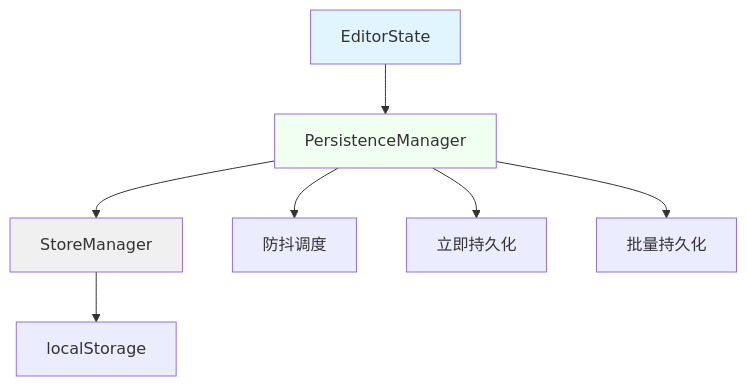
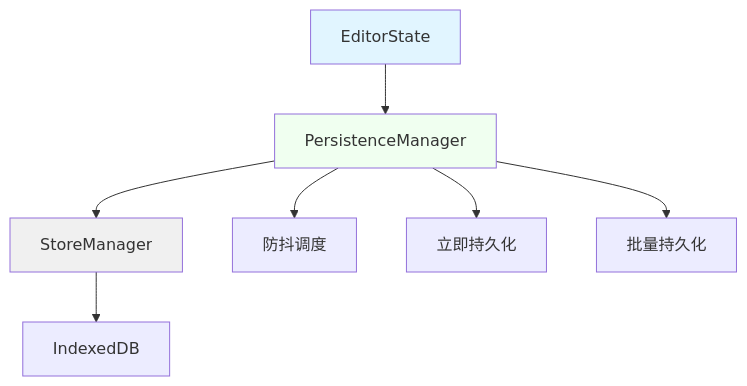
One commit to ZCShou/markdown changed the ninth of 15 diagrams in docs/arch.md. Above: the diagram before and after it, drawn with Mermaid. The commit also changed other lines of this file and 4 other files, not shown here.

Commit message:
refactor: remove localStorage migration logic and simplify test setup

````diff
--- a/docs/arch.md
+++ b/docs/arch.md
@@ -1448,14 +1286,14 @@
 ```mermaid
 graph TB
     A[EditorState] --> B[PersistenceManager]
     B --> C[StoreManager]
-    C --> D[localStorage]
+    C --> D[IndexedDB]
     
     B --> E[防抖调度]
     B --> F[立即持久化]
     B --> G[批量持久化]
     
     style A fill:#e1f5ff
     style B fill:#f0fff0
     style C fill:#f0f0f0
 ```
````
